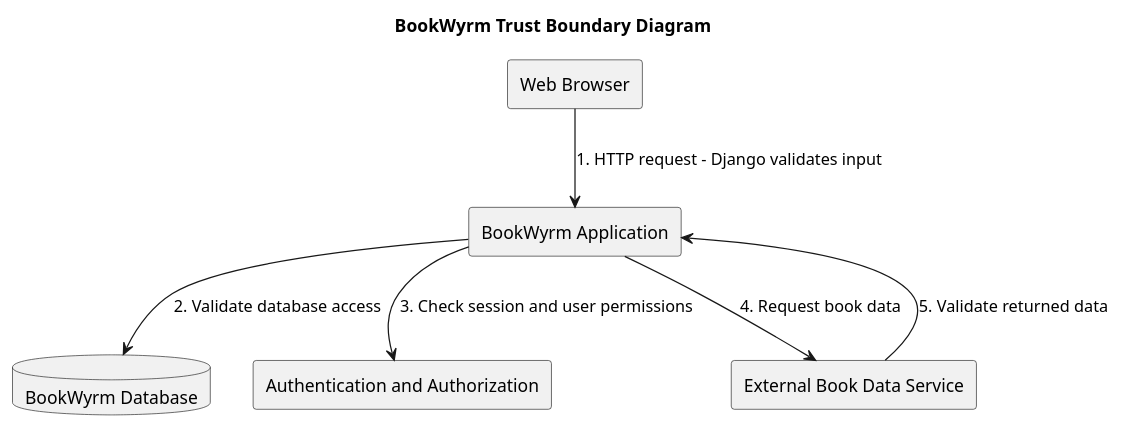
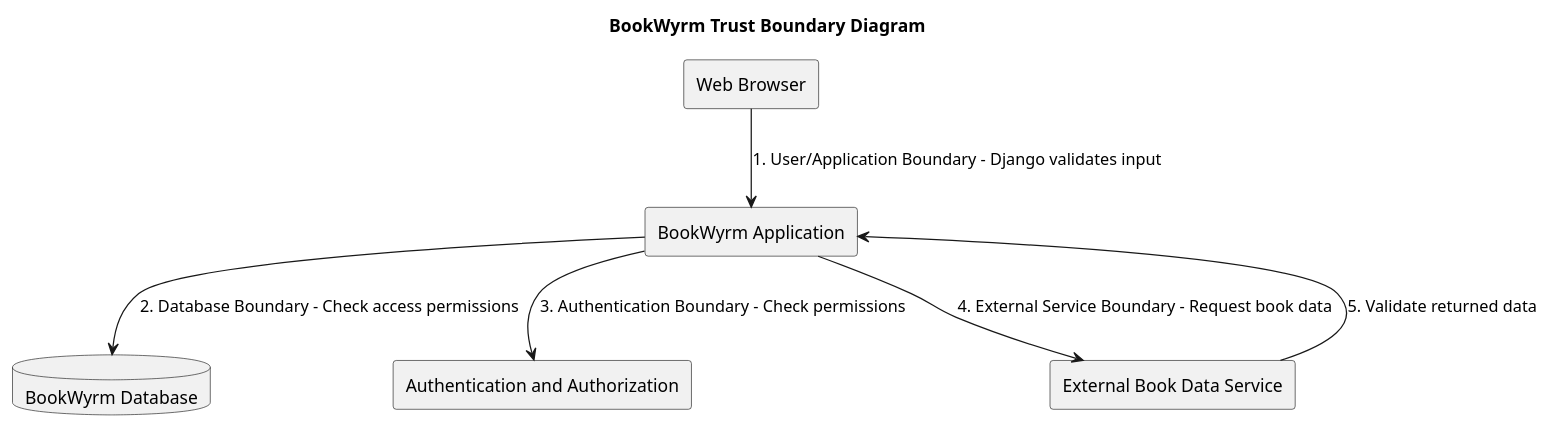
Before and after one commit to guevaraam-wq/bookwyrm: the diagram in docs/security-trust-boundaries.puml, drawn with PlantUML.

Commit message:
A5: Label trust boundaries

```diff
--- a/docs/security-trust-boundaries.puml
+++ b/docs/security-trust-boundaries.puml
@@ -1,15 +1,15 @@
 @startuml
 title BookWyrm Trust Boundary Diagram
 
 rectangle "Web Browser" as Browser
 rectangle "BookWyrm Application" as App
 database "BookWyrm Database" as DB
 
-Browser --> App : 1. HTTP request - Django validates input
-App --> DB : 2. Validate database access
+Browser --> App : 1. User/Application Boundary - Django validates input
+App --> DB : 2. Database Boundary - Check access permissions
 rectangle "Authentication and Authorization" as Auth
 rectangle "External Book Data Service" as External
-App --> Auth : 3. Check session and user permissions
-App --> External : 4. Request book data
+App --> Auth : 3. Authentication Boundary - Check permissions
+App --> External : 4. External Service Boundary - Request book data
 External --> App : 5. Validate returned data
 @enduml
```
